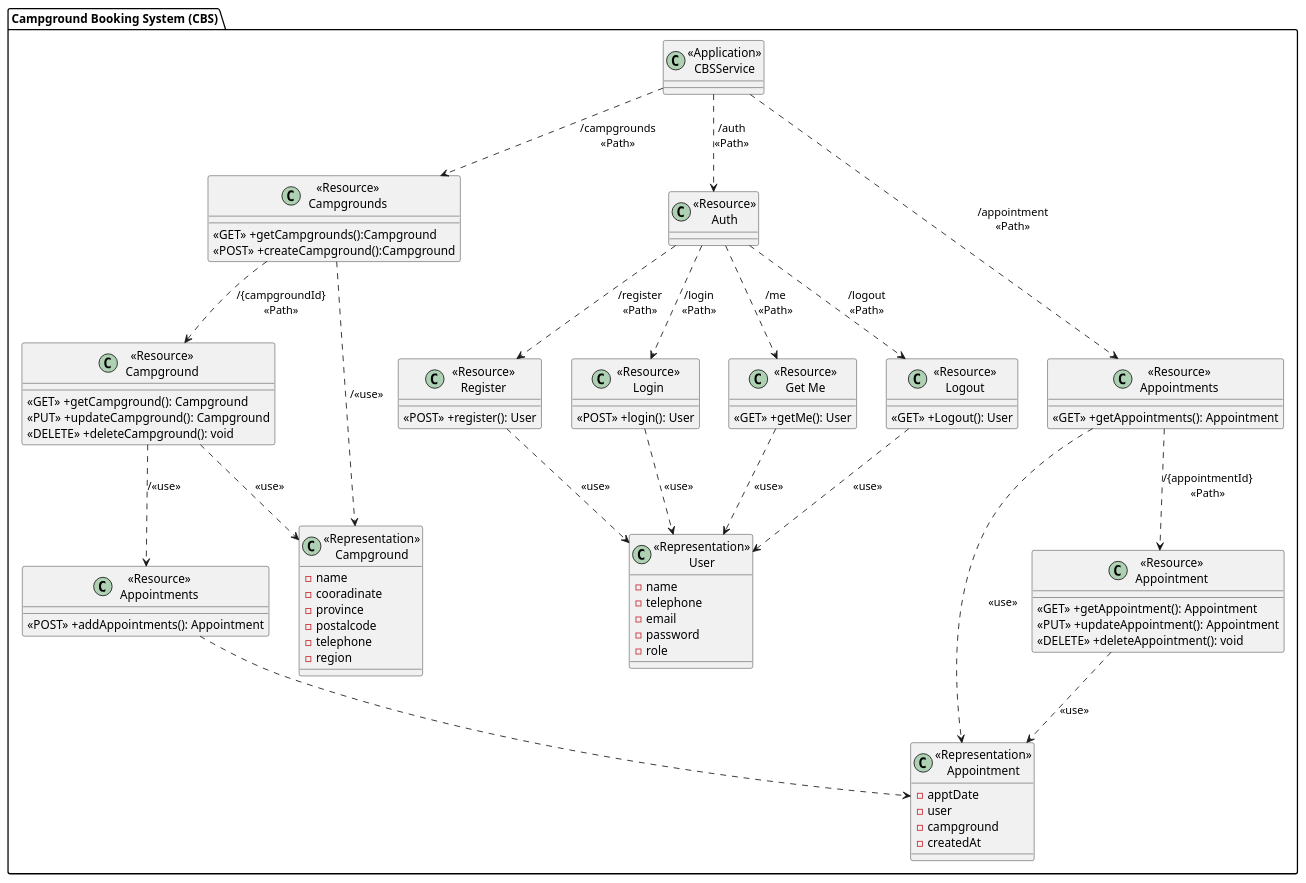
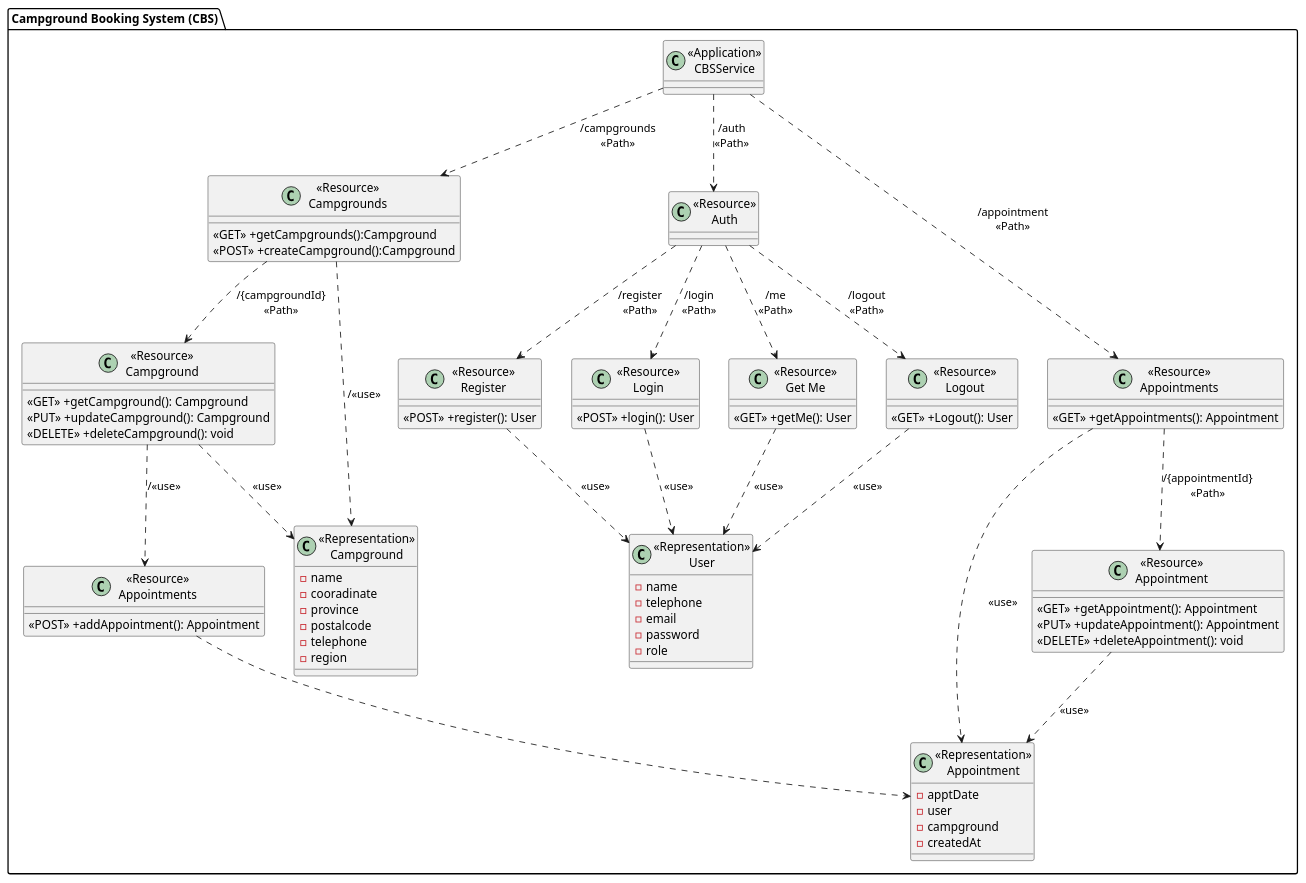
The diagram in diagram/Class diagram/CampgroundClass.puml (FaiiFaiipuipui/CEDT_Y1T2_backend-campgroundbooking), drawn with PlantUML before and after one commit. The commit also changed 1 other file, not shown here.

Commit message:
Modify class diagram

```diff
--- a/diagram/Class diagram/CampgroundClass.puml
+++ b/diagram/Class diagram/CampgroundClass.puml
@@ -1,98 +1,98 @@
 @startuml Campground Booking System (CBS)
 
 package "Campground Booking System (CBS)"{
     class "<<Application>>\nCBSService" as CBSService{}
 
     class "<<Resource>>\nCampgrounds" as ResourceCampgrounds{
         <<GET>> +getCampgrounds():Campground
         <<POST>> +createCampground():Campground
     }
 
     class "<<Resource>>\nCampground" as ResourceCampground {
         <<GET>> +getCampground(): Campground
         <<PUT>> +updateCampground(): Campground
         <<DELETE>> +deleteCampground(): void
     }
 
     class "<<Representation>>\nCampground" as RepresentationCampground {
         -name
         -cooradinate
         -province
         -postalcode
         -telephone
         -region
     }
 
     class "<<Resource>>\nAuth" as ResourceAuth{
         
     }
 
     class "<<Resource>>\nRegister" as RegisterService {
         <<POST>> +register(): User
     }
 
     class "<<Resource>>\nLogin" as LoginService {
         <<POST>> +login(): User
     }
 
     class "<<Resource>>\nGet Me" as GetMeService {
         <<GET>> +getMe(): User
     }
     class "<<Resource>>\nLogout" as LogoutService {
         <<GET>> +Logout(): User
     }
 
     class "<<Representation>>\nUser" as RepresentationUser {
         -name
         -telephone
         -email
         -password
         -role
     }
 
     class "<<Resource>>\nAppointments" as ResourceAppointments{
         <<GET>> +getAppointments(): Appointment
     }
 
     class "<<Resource>>\nAppointments" as AddResourceAppointments{
-        <<POST>> +addAppointments(): Appointment
+        <<POST>> +addAppointment(): Appointment
     }
 
     class "<<Resource>>\nAppointment" as ResourceAppointment{
         <<GET>> +getAppointment(): Appointment
         <<PUT>> +updateAppointment(): Appointment
         <<DELETE>> +deleteAppointment(): void
     }
 
     class "<<Representation>>\nAppointment" as RepresentationAppointment {
         -apptDate
         -user
         -campground
         -createdAt
     }
 }
 
 CBSService ..> ResourceCampgrounds:"/campgrounds\n<<Path>>"
 ResourceCampgrounds ..> ResourceCampground: "/{campgroundId}\n<<Path>>"
 ResourceCampgrounds ..> RepresentationCampground: "/<<use>>"
 ResourceCampground ..> AddResourceAppointments: "/<<use>>"
 ResourceCampground ..> RepresentationCampground: "<<use>>"
 
 CBSService ..> ResourceAppointments: "/appointment\n<<Path>>"
 ResourceAppointments ..> ResourceAppointment: "/{appointmentId}\n<<Path>>"
 ResourceAppointment ..> RepresentationAppointment: "<<use>>"
 ResourceAppointments ..> RepresentationAppointment: "<<use>>"
 AddResourceAppointments ..> RepresentationAppointment
 
 CBSService ..> ResourceAuth:"/auth\n<<Path>>"
 ResourceAuth ..> RegisterService: "/register\n<<Path>>"
 ResourceAuth ..> LoginService: "/login\n<<Path>>"
 ResourceAuth ..> GetMeService: "/me\n<<Path>>"
 ResourceAuth ..> LogoutService: "/logout\n<<Path>>"
 RegisterService ..> RepresentationUser: "<<use>>"
 LoginService ..> RepresentationUser: "<<use>>"
 GetMeService ..> RepresentationUser: "<<use>>"
 LogoutService ..> RepresentationUser: "<<use>>"
 
 
 @enduml
```
